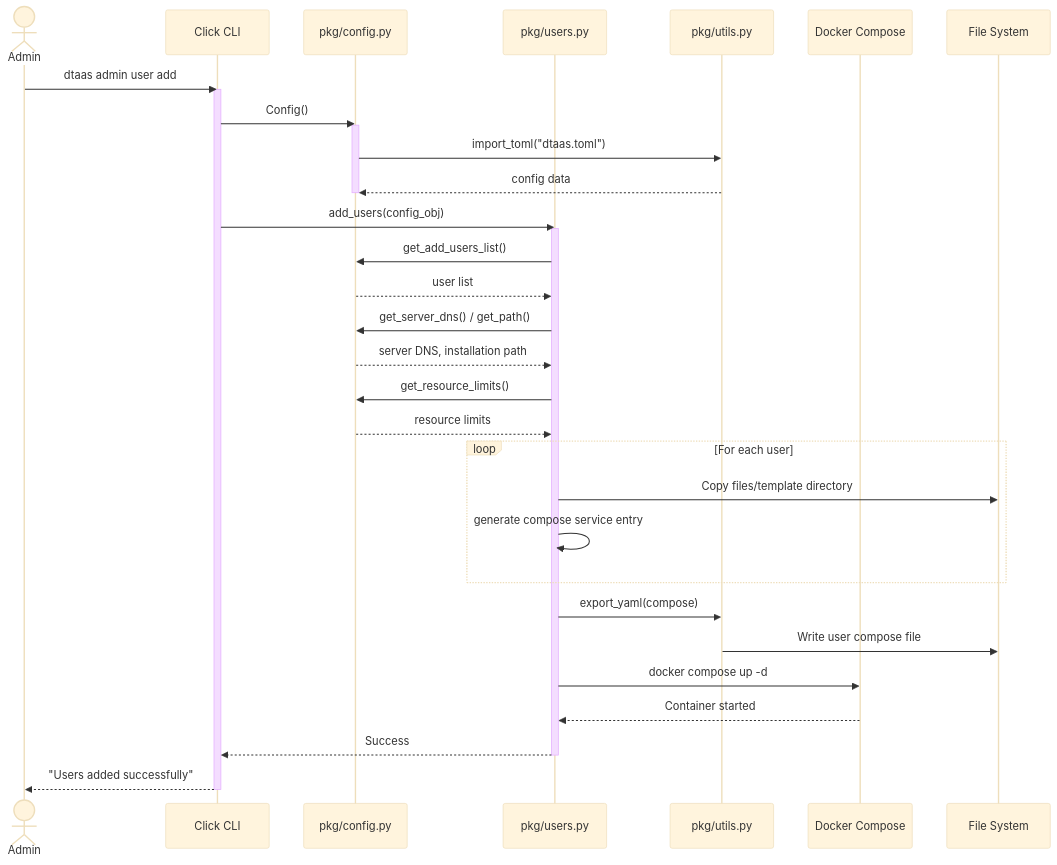
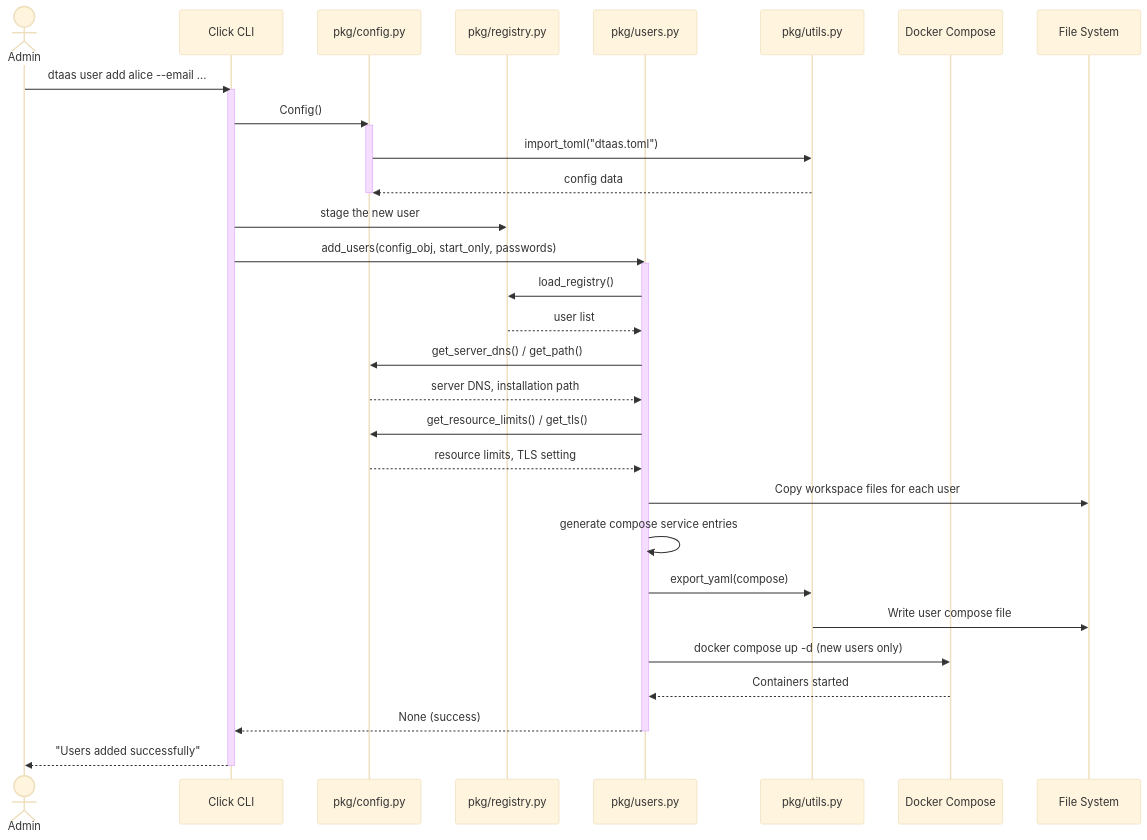
One commit to INTO-CPS-Association/DTaaS changed the diagram in docs/developer/codebase/cli.md. Above: the diagram before and after it, drawn with Mermaid (base theme). The commit also changed other lines of this file and 192 other files, not shown here.

````diff
--- a/docs/developer/codebase/cli.md
+++ b/docs/developer/codebase/cli.md
@@ -103,48 +145,48 @@
 ```mermaid
 sequenceDiagram
     actor Admin
     participant CLI as Click CLI
     participant Config as pkg/config.py
+    participant Registry as pkg/registry.py
     participant Users as pkg/users.py
     participant Utils as pkg/utils.py
     participant Docker as Docker Compose
     participant FS as File System
 
-    Admin ->> CLI: dtaas admin user add
+    Admin ->> CLI: dtaas user add alice --email ...
     activate CLI
 
     CLI ->> Config: Config()
     activate Config
     Config ->> Utils: import_toml("dtaas.toml")
     Utils -->> Config: config data
     deactivate Config
 
-    CLI ->> Users: add_users(config_obj)
+    CLI ->> Registry: stage the new user
+    CLI ->> Users: add_users(config_obj, start_only, passwords)
     activate Users
 
-    Users ->> Config: get_add_users_list()
-    Config -->> Users: user list
+    Users ->> Registry: load_registry()
+    Registry -->> Users: user list
 
     Users ->> Config: get_server_dns() / get_path()
     Config -->> Users: server DNS, installation path
 
-    Users ->> Config: get_resource_limits()
-    Config -->> Users: resource limits
+    Users ->> Config: get_resource_limits() / get_tls()
+    Config -->> Users: resource limits, TLS setting
 
-    loop For each user
-        Users ->> FS: Copy files/template directory
-        Users ->> Users: generate compose service entry
-    end
+    Users ->> FS: Copy workspace files for each user
+    Users ->> Users: generate compose service entries
 
     Users ->> Utils: export_yaml(compose)
     Utils ->> FS: Write user compose file
 
-    Users ->> Docker: docker compose up -d
-    Docker -->> Users: Container started
+    Users ->> Docker: docker compose up -d (new users only)
+    Docker -->> Users: Containers started
 
-    Users -->> CLI: Success
+    Users -->> CLI: None (success)
     deactivate Users
 
     CLI -->> Admin: "Users added successfully"
     deactivate CLI
 ```
````
